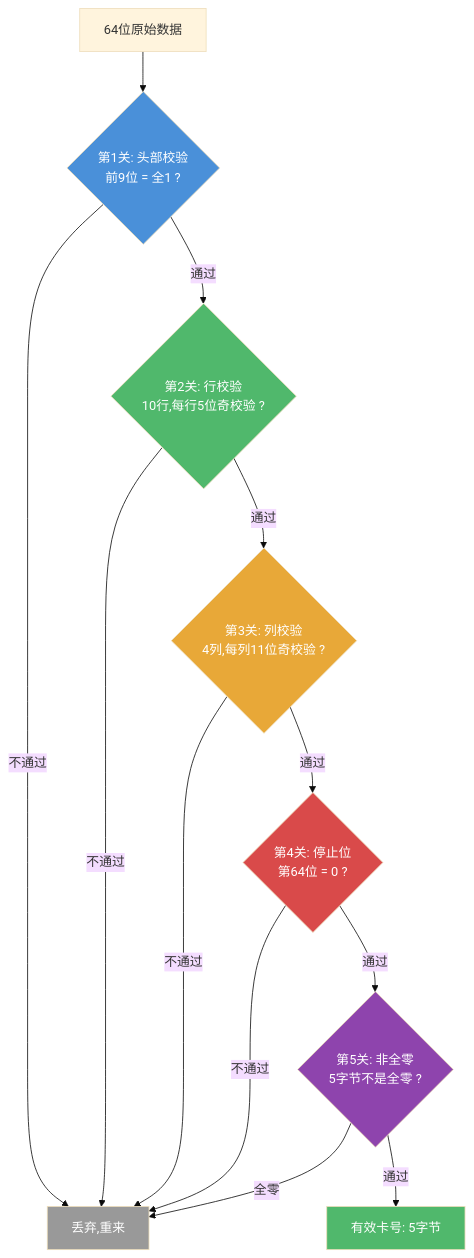
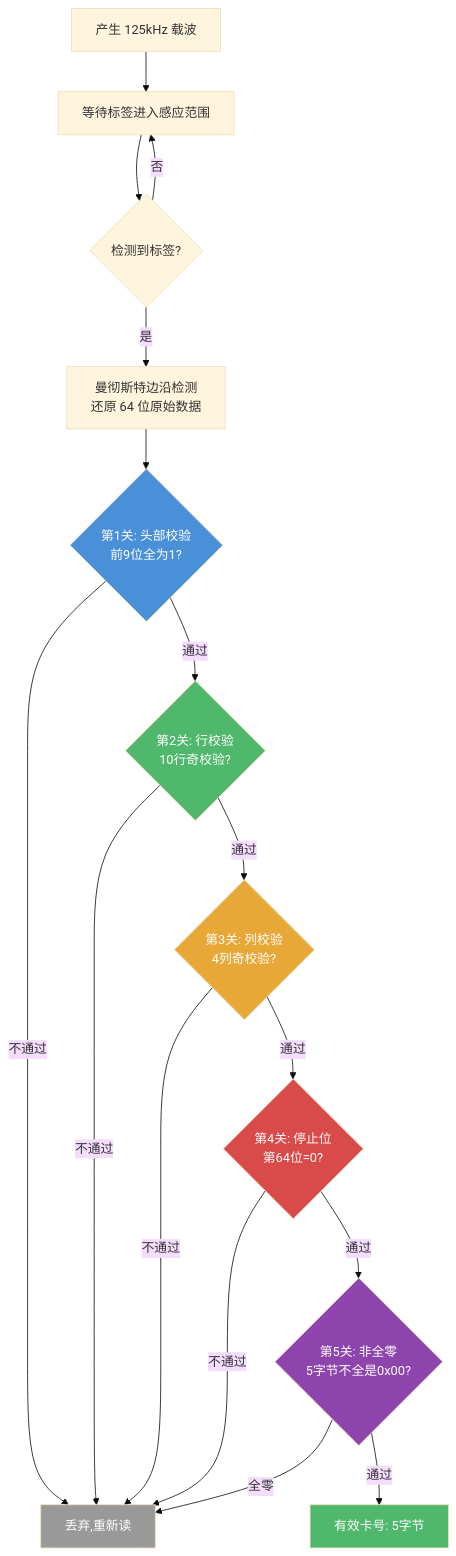
The third of 17 diagrams in 工作/SR3读卡器/260802SR3读卡器需求.md (Siaiai/ObsidianNote), drawn with Mermaid (base theme) before and after one commit. The commit also changed other lines of this file, not shown here.

````diff
--- a/工作/SR3读卡器/260802SR3读卡器需求.md
+++ b/工作/SR3读卡器/260802SR3读卡器需求.md
@@ -81,22 +103,26 @@
 ```mermaid
 flowchart TD
-    Raw[64位原始数据] --> C1{第1关: 头部校验<br/>前9位 = 全1 ?}
-    C1 -->|不通过| Trash[丢弃,重来]
-    C1 -->|通过| C2{第2关: 行校验<br/>10行,每行5位奇校验 ?}
-    C2 -->|不通过| Trash
-    C2 -->|通过| C3{第3关: 列校验<br/>4列,每列11位奇校验 ?}
-    C3 -->|不通过| Trash
-    C3 -->|通过| C4{第4关: 停止位<br/>第64位 = 0 ?}
-    C4 -->|不通过| Trash
-    C4 -->|通过| C5{第5关: 非全零<br/>5字节不是全零 ?}
-    C5 -->|全零| Trash
-    C5 -->|通过| Done[有效卡号: 5字节]
+    Carrier[产生 125kHz 载波] --> Wait[等待标签进入感应范围]
+    Wait --> Detect{检测到标签?}
+    Detect -->|是| Decode[曼彻斯特边沿检测<br/>还原 64 位原始数据]
+    Detect -->|否| Wait
+    Decode --> V1{第1关: 头部校验<br/>前9位全为1?}
+    V1 -->|不通过| Drop[丢弃,重新读]
+    V1 -->|通过| V2{第2关: 行校验<br/>10行奇校验?}
+    V2 -->|不通过| Drop
+    V2 -->|通过| V3{第3关: 列校验<br/>4列奇校验?}
+    V3 -->|不通过| Drop
+    V3 -->|通过| V4{第4关: 停止位<br/>第64位=0?}
+    V4 -->|不通过| Drop
+    V4 -->|通过| V5{第5关: 非全零<br/>5字节不全是0x00?}
+    V5 -->|全零| Drop
+    V5 -->|通过| Done[有效卡号: 5字节]
 
-    style C1 fill:#4A90D9,color:#fff
-    style C2 fill:#50B86C,color:#fff
-    style C3 fill:#E8A838,color:#fff
-    style C4 fill:#D94A4A,color:#fff
-    style C5 fill:#8E44AD,color:#fff
+    style V1 fill:#4A90D9,color:#fff
+    style V2 fill:#50B86C,color:#fff
+    style V3 fill:#E8A838,color:#fff
+    style V4 fill:#D94A4A,color:#fff
+    style V5 fill:#8E44AD,color:#fff
     style Done fill:#50B86C,color:#fff
-    style Trash fill:#999,color:#fff
+    style Drop fill:#999,color:#fff
 ```
````
